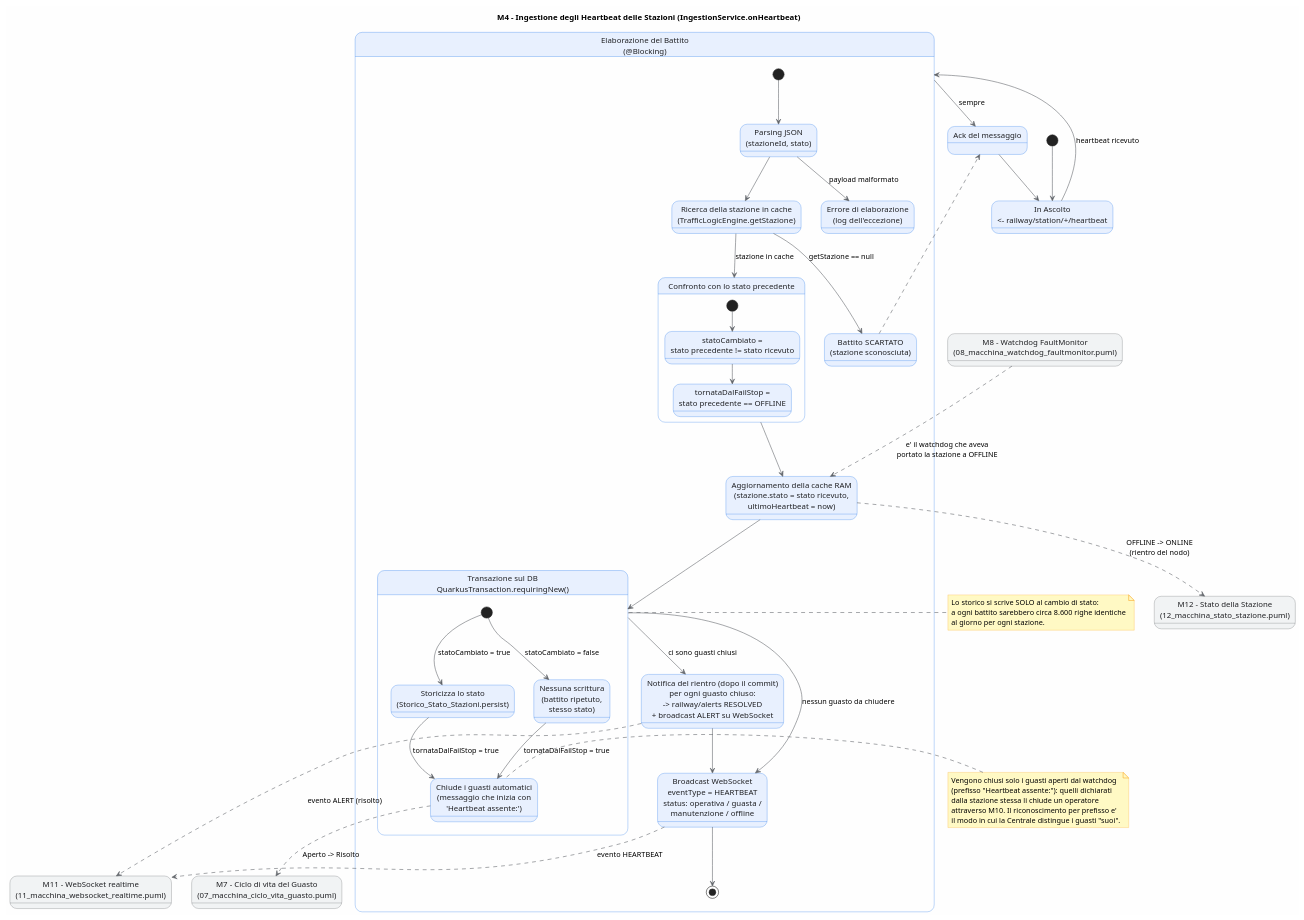
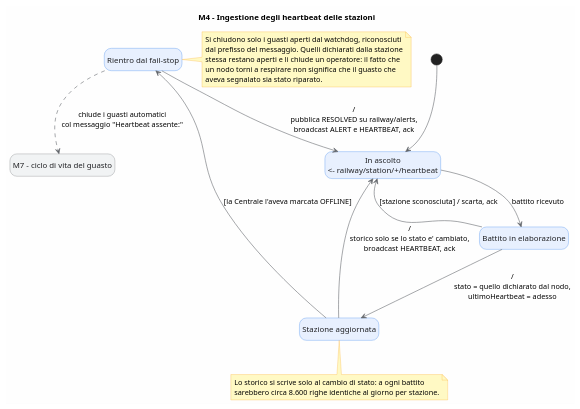
Before and after one commit to mar-robba/PISSIR: the diagram in doc/ArchitetturaMaggiormenteApprofondita/Stati_diagram/ServerCentrale/04_macchina_ingestione_heartbeat.puml, drawn with PlantUML. The commit also changed 186 other files, not shown here.

```diff
--- a/doc/ArchitetturaMaggiormenteApprofondita/Stati_diagram/ServerCentrale/04_macchina_ingestione_heartbeat.puml
+++ b/doc/ArchitetturaMaggiormenteApprofondita/Stati_diagram/ServerCentrale/04_macchina_ingestione_heartbeat.puml
@@ -1,122 +1,64 @@
-@startuml M4 - Ingestione degli Heartbeat delle Stazioni
+@startuml M4 - Ingestione degli heartbeat delle stazioni
 ' =========================================================================
 '  MACCHINA M4 - Ingestione degli heartbeat delle stazioni
 '
 '  Codice astratto:
 '    it.uni.reti2.ingestion.IngestionService#onHeartbeat
 '    it.uni.reti2.ingestion.IngestionService#storicizzaStatoStazione
 '    it.uni.reti2.ingestion.IngestionService#chiudiGuastiHeartbeatPerso
 '
 '  Canale: heartbeat-in <- railway/station/+/heartbeat (un battito ogni 10s)
-'
-'  Avviata da:   M1  (01_macchina_ciclo_vita_centrale.puml)
-'  Fa transitare: M12 (12_macchina_stato_stazione.puml)
-'                 M7  (07_macchina_ciclo_vita_guasto.puml)
-'  E' il "contrappeso" del watchdog M8: qui si chiude cio' che M8 ha aperto.
+'  E' il contrappeso del watchdog M8: qui si chiude cio' che M8 ha aperto.
+'  Fa transitare: M12 (stato stazione) e M7 (ciclo di vita del guasto)
 ' =========================================================================
 
 skinparam backgroundColor #FEFEFE
 skinparam state {
     BackgroundColor #E8F0FE
     BorderColor #1A73E8
     FontColor #202124
     ArrowColor #5F6368
     StartColor #34A853
-    EndColor #EA4335
 }
 skinparam state<<esterna>> {
     BackgroundColor #F1F3F4
     BorderColor #5F6368
 }
 skinparam note {
     BackgroundColor #FFF9C4
     BorderColor #F9A825
 }
+hide empty description
 
-title M4 - Ingestione degli Heartbeat delle Stazioni (IngestionService.onHeartbeat)
+title M4 - Ingestione degli heartbeat delle stazioni
 
-[*] --> InAscolto
+[*] --> Ascolto
 
-state "In Ascolto\n<- railway/station/+/heartbeat" as InAscolto
+state "In ascolto\n<- railway/station/+/heartbeat" as Ascolto
+state "Battito in elaborazione" as Elaborazione
+state "Stazione aggiornata" as Aggiornata
+state "Rientro dal fail-stop" as Rientro
+state "M7 - ciclo di vita del guasto" as M7 <<esterna>>
 
-state "Elaborazione del Battito\n(@Blocking)" as Elaborazione {
+Ascolto --> Elaborazione : battito ricevuto
+Elaborazione --> Ascolto : [stazione sconosciuta] / scarta, ack
+Elaborazione --> Aggiornata : /\nstato = quello dichiarato dal nodo,\nultimoHeartbeat = adesso
+Aggiornata --> Ascolto : /\nstorico solo se lo stato e' cambiato,\nbroadcast HEARTBEAT, ack
+Aggiornata --> Rientro : [la Centrale l'aveva marcata OFFLINE]
+Rientro --> Ascolto : /\npubblica RESOLVED su railway/alerts,\nbroadcast ALERT e HEARTBEAT, ack
+Rientro -[dashed]-> M7 : chiude i guasti automatici\ncol messaggio "Heartbeat assente:"
 
-    state "Parsing JSON\n(stazioneId, stato)" as Parsing
-
-    state "Ricerca della stazione in cache\n(TrafficLogicEngine.getStazione)" as LookupCache
-    state "Battito SCARTATO\n(stazione sconosciuta)" as Scartato
-
-    state "Confronto con lo stato precedente" as Confronto {
-        state "statoCambiato =\nstato precedente != stato ricevuto" as FlagCambio
-        state "tornataDalFailStop =\nstato precedente == OFFLINE" as FlagRientro
-
-        [*] --> FlagCambio
-        FlagCambio --> FlagRientro
-    }
-
-    state "Aggiornamento della cache RAM\n(stazione.stato = stato ricevuto,\nultimoHeartbeat = now)" as AggiornaCache
-
-    state "Transazione sul DB\nQuarkusTransaction.requiringNew()" as Transazione {
-        state "Storicizza lo stato\n(Storico_Stato_Stazioni.persist)" as Storicizza
-        state "Chiude i guasti automatici\n(messaggio che inizia con\n'Heartbeat assente:')" as ChiudiGuasti
-        state "Nessuna scrittura\n(battito ripetuto,\nstesso stato)" as NessunaScrittura
-
-        [*] --> Storicizza : statoCambiato = true
-        [*] --> NessunaScrittura : statoCambiato = false
-        Storicizza --> ChiudiGuasti : tornataDalFailStop = true
-        NessunaScrittura --> ChiudiGuasti : tornataDalFailStop = true
-    }
-
-    state "Notifica del rientro (dopo il commit)\nper ogni guasto chiuso:\n-> railway/alerts RESOLVED\n+ broadcast ALERT su WebSocket" as NotificaRientro
-
-    state "Broadcast WebSocket\neventType = HEARTBEAT\nstatus: operativa / guasta /\nmanutenzione / offline" as BroadcastWs
-
-    state "Errore di elaborazione\n(log dell'eccezione)" as Errore
-
-    [*] --> Parsing
-    Parsing --> LookupCache
-    Parsing --> Errore : payload malformato
-    LookupCache --> Scartato : getStazione == null
-    LookupCache --> Confronto : stazione in cache
-    Confronto --> AggiornaCache
-    AggiornaCache --> Transazione
-    Transazione --> NotificaRientro : ci sono guasti chiusi
-    Transazione --> BroadcastWs : nessun guasto da chiudere
-    NotificaRientro --> BroadcastWs
-    BroadcastWs --> [*]
-}
-
-InAscolto --> Elaborazione : heartbeat ricevuto
-
-state "Ack del messaggio" as Ack
-Elaborazione --> Ack : sempre
-Scartato -[dashed]-> Ack
-Ack --> InAscolto
-
-note right of Transazione
-  Lo storico si scrive SOLO al cambio di stato:
-  a ogni battito sarebbero circa 8.600 righe identiche
-  al giorno per ogni stazione.
+note right of Rientro
+  Si chiudono solo i guasti aperti dal watchdog, riconosciuti
+  dal prefisso del messaggio. Quelli dichiarati dalla stazione
+  stessa restano aperti e li chiude un operatore: il fatto che
+  un nodo torni a respirare non significa che il guasto che
+  aveva segnalato sia stato riparato.
 end note
 
-note left of ChiudiGuasti
-  Vengono chiusi solo i guasti aperti dal watchdog
-  (prefisso "Heartbeat assente:"): quelli dichiarati
-  dalla stazione stessa li chiude un operatore
-  attraverso M10. Il riconoscimento per prefisso e'
-  il modo in cui la Centrale distingue i guasti "suoi".
+note bottom of Aggiornata
+  Lo storico si scrive solo al cambio di stato: a ogni battito
+  sarebbero circa 8.600 righe identiche al giorno per stazione.
 end note
 
-' ===================== MACCHINE COLLEGATE =====================
-state "M12 - Stato della Stazione\n(12_macchina_stato_stazione.puml)" as M12 <<esterna>>
-state "M7 - Ciclo di vita del Guasto\n(07_macchina_ciclo_vita_guasto.puml)" as M7 <<esterna>>
-state "M8 - Watchdog FaultMonitor\n(08_macchina_watchdog_faultmonitor.puml)" as M8 <<esterna>>
-state "M11 - WebSocket realtime\n(11_macchina_websocket_realtime.puml)" as M11 <<esterna>>
-
-AggiornaCache -[dashed]-> M12 : OFFLINE -> ONLINE\n(rientro del nodo)
-ChiudiGuasti -[dashed]-> M7 : Aperto -> Risolto
-M8 -[dashed]-> AggiornaCache : e' il watchdog che aveva\nportato la stazione a OFFLINE
-BroadcastWs -[dashed]-> M11 : evento HEARTBEAT
-NotificaRientro -[dashed]-> M11 : evento ALERT (risolto)
-
 @enduml
```
